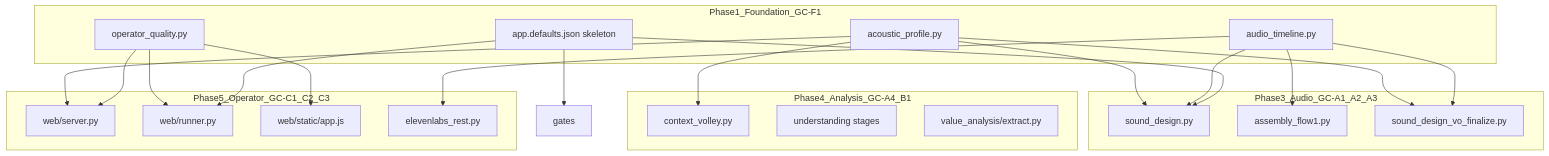
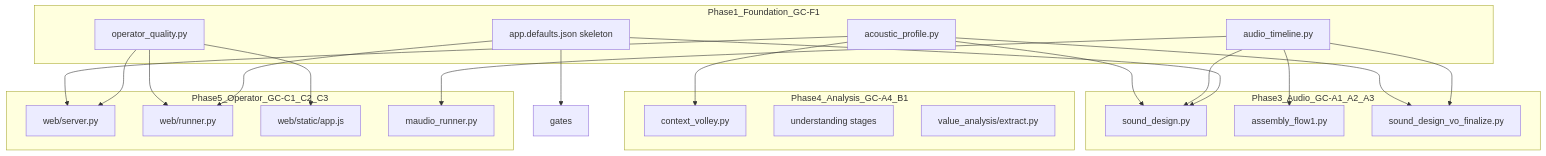
The diagram in docs/build-out/gap-closure-agent-commands.md (NicketUttarwar/interview_helper_mux), drawn with Mermaid before and after one commit. The commit also changed other lines of this file and 253 other files, not shown here.

````diff
--- a/docs/build-out/gap-closure-agent-commands.md
+++ b/docs/build-out/gap-closure-agent-commands.md
@@ -95,43 +95,43 @@
 ```mermaid
 flowchart TB
   subgraph foundation [Phase1_Foundation_GC-F1]
     AP[acoustic_profile.py]
     AT[audio_timeline.py]
     OQ[operator_quality.py]
     CFG[app.defaults.json skeleton]
   end
 
   subgraph audio [Phase3_Audio_GC-A1_A2_A3]
     SD[sound_design.py]
     AF1[assembly_flow1.py]
     VF[sound_design_vo_finalize.py]
   end
 
   subgraph analysis [Phase4_Analysis_GC-A4_B1]
     CV[context_volley.py]
     UND[understanding stages]
     VA[value_analysis/extract.py]
   end
 
   subgraph operator [Phase5_Operator_GC-C1_C2_C3]
     SRV[web/server.py]
     RUN[web/runner.py]
     JS[web/static/app.js]
-    EL[elevenlabs_rest.py]
+    EL[maudio_runner.py]
   end
 
   AP --> SD
   AP --> VF
   AP --> CV
   AP --> SRV
   AT --> SD
   AT --> AF1
   AT --> VF
   AT --> EL
   OQ --> RUN
   OQ --> SRV
   OQ --> JS
   CFG --> SD
   CFG --> RUN
   CFG --> gates
 ```
````
